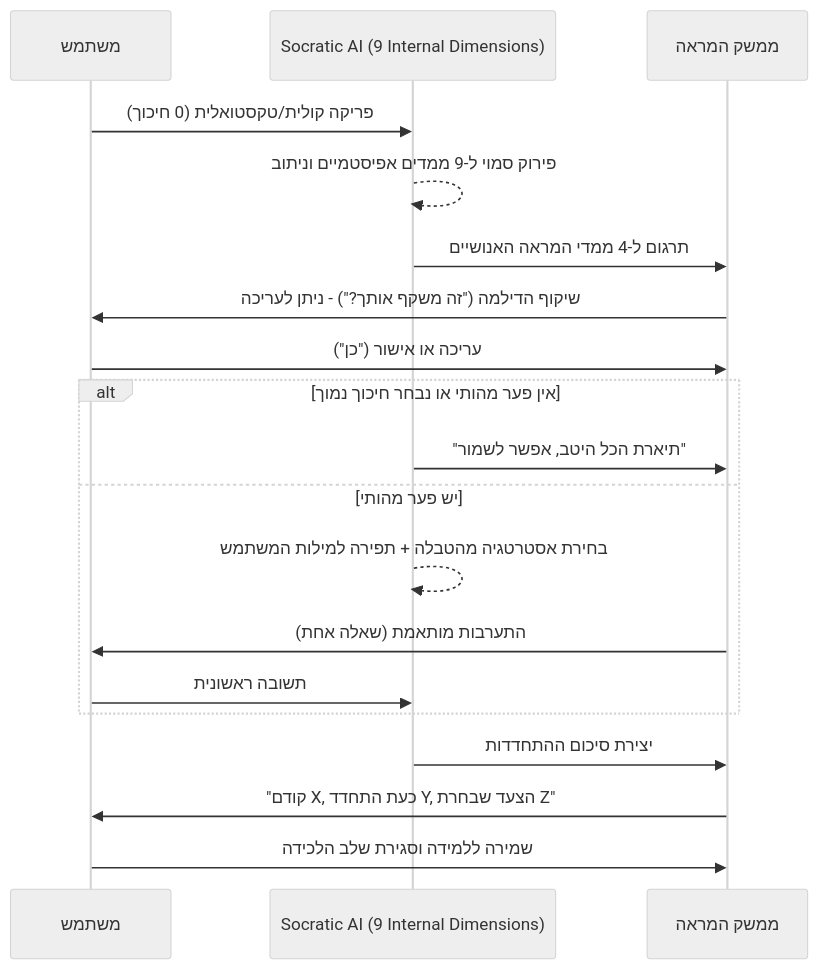
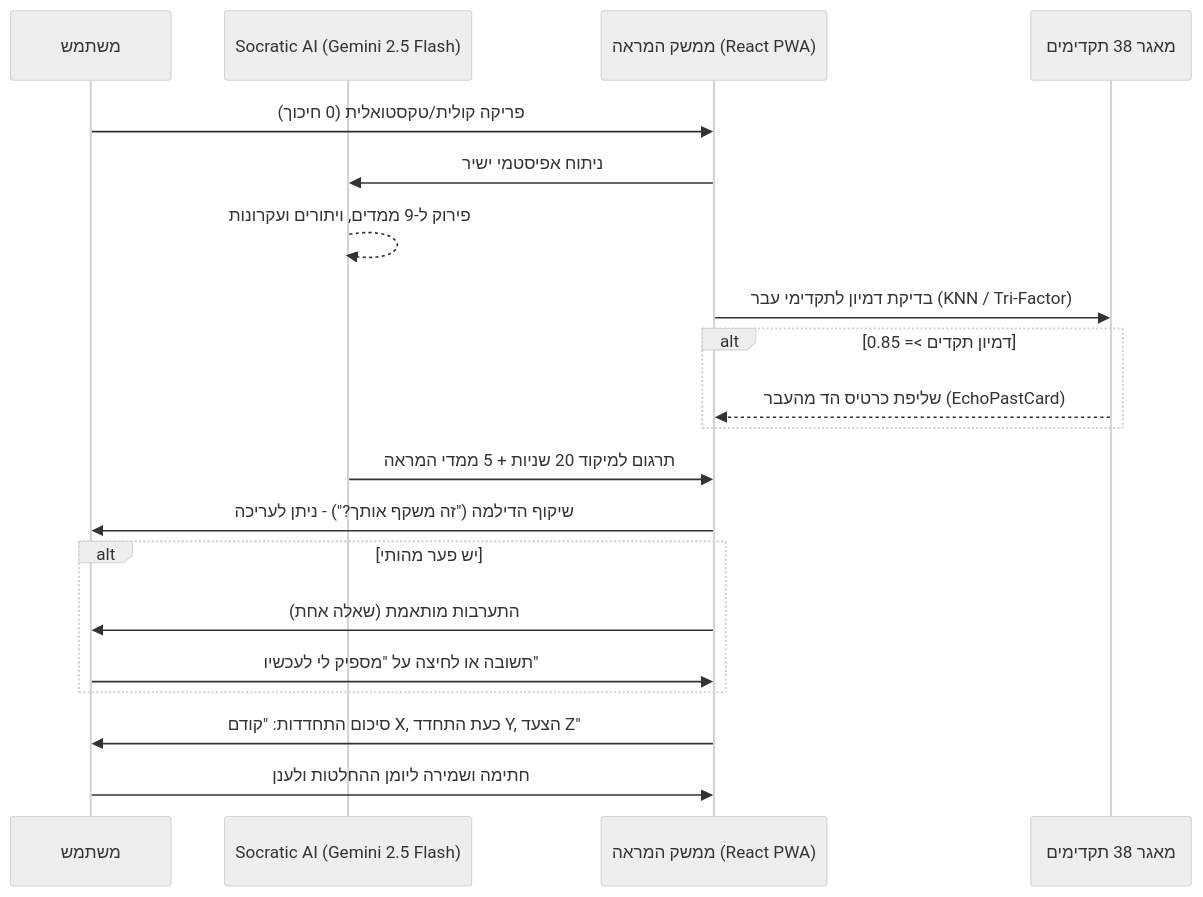
Before and after one commit to guykul-afk/Echo: the diagram in docs/COGNITIVE_ENGINE.md, drawn with Mermaid (neutral theme). The commit also changed other lines of this file and 16 other files, not shown here.

````diff
--- a/docs/COGNITIVE_ENGINE.md
+++ b/docs/COGNITIVE_ENGINE.md
@@ -66,24 +88,27 @@
 ```mermaid
 sequenceDiagram
     participant U as משתמש
-    participant AI as Socratic AI (9 Internal Dimensions)
-    participant UI as ממשק המראה
+    participant AI as Socratic AI (Gemini 2.5 Flash)
+    participant UI as ממשק המראה (React PWA)
+    participant Hist as מאגר 38 תקדימים
     
-    U->>AI: פריקה קולית/טקסטואלית (0 חיכוך)
-    AI-->>AI: פירוק סמוי ל-9 ממדים אפיסטמיים וניתוב
-    AI->>UI: תרגום ל-4 ממדי המראה האנושיים
-    UI->>U: שיקוף הדילמה ("זה משקף אותך?") - ניתן לעריכה
-    U->>UI: עריכה או אישור ("כן")
+    U->>UI: פריקה קולית/טקסטואלית (0 חיכוך)
+    UI->>AI: ניתוח אפיסטמי ישיר
+    AI-->>AI: פירוק ל-9 ממדים, ויתורים ועקרונות
+    UI->>Hist: בדיקת דמיון לתקדימי עבר (KNN / Tri-Factor)
     
-    alt אין פער מהותי או נבחר חיכוך נמוך
-        AI->>UI: "תיארת הכל היטב, אפשר לשמור"
-    else יש פער מהותי
-        AI-->>AI: בחירת אסטרטגיה מהטבלה + תפירה למילות המשתמש
-        UI->>U: התערבות מותאמת (שאלה אחת)
-        U->>AI: תשובה ראשונית
+    alt דמיון תקדים >= 0.85
+        Hist-->>UI: שליפת כרטיס הד מהעבר (EchoPastCard)
     end
     
-    AI->>UI: יצירת סיכום ההתחדדות
-    UI->>U: "קודם X, כעת התחדד Y, הצעד שבחרת Z"
-    U->>UI: שמירה ללמידה וסגירת שלב הלכידה
+    AI->>UI: תרגום למיקוד 20 שניות + 5 ממדי המראה
+    UI->>U: שיקוף הדילמה ("זה משקף אותך?") - ניתן לעריכה
+    
+    alt יש פער מהותי
+        UI->>U: התערבות מותאמת (שאלה אחת)
+        U->>UI: תשובה או לחיצה על "מספיק לי לעכשיו"
+    end
+    
+    UI->>U: סיכום התחדדות: "קודם X, כעת התחדד Y, הצעד Z"
+    U->>UI: חתימה ושמירה ליומן ההחלטות ולענן
 ```
````
